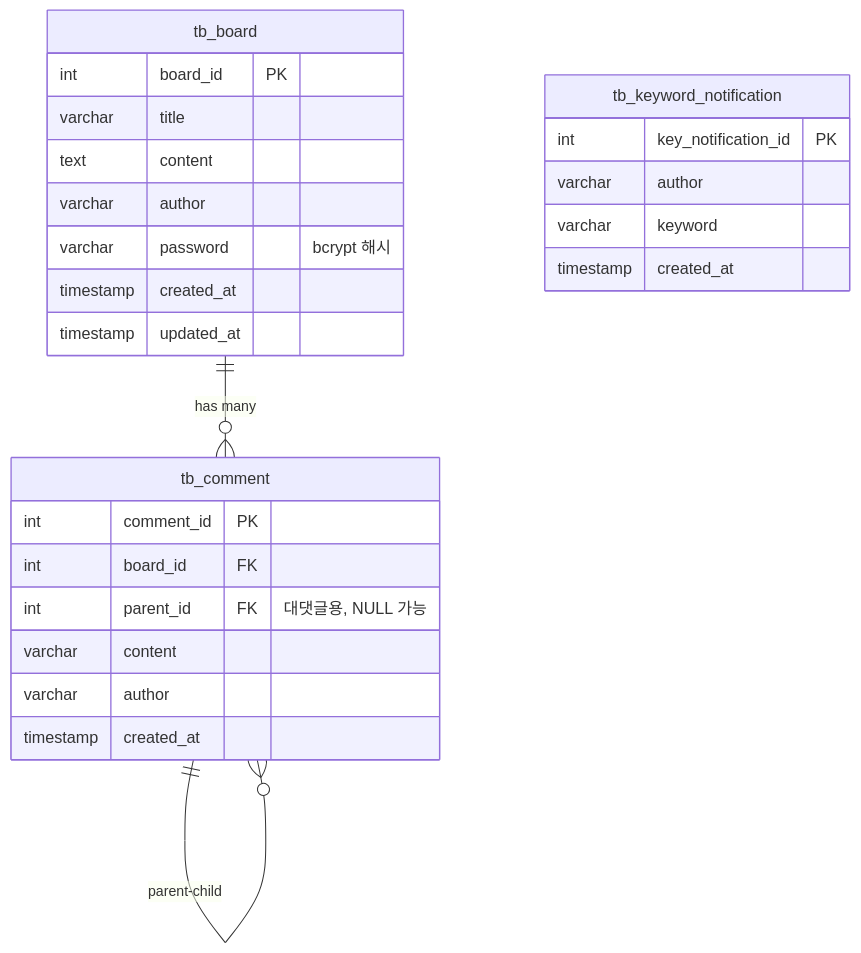
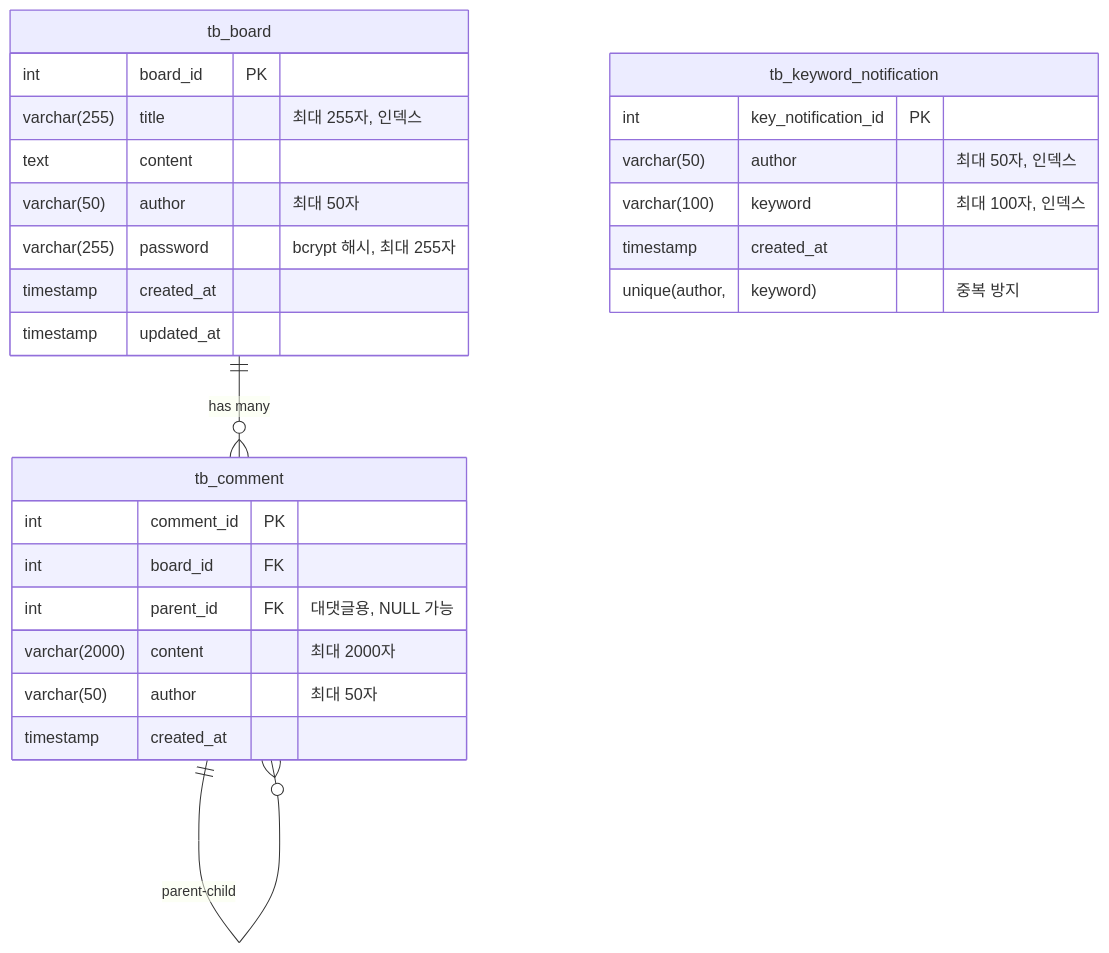
One commit to kimhyosung1/toy-project changed the diagram in ssot/03_Database_Schema.md. Above: the diagram before and after it, drawn with Mermaid. The commit also changed other lines of this file and 3 other files, not shown here.

````diff
--- a/ssot/03_Database_Schema.md
+++ b/ssot/03_Database_Schema.md
@@ -53,31 +53,32 @@
 ```mermaid
 erDiagram
     tb_board ||--o{ tb_comment : "has many"
     tb_comment ||--o{ tb_comment : "parent-child"
 
     tb_board {
         int board_id PK
-        varchar title
+        varchar(255) title "최대 255자, 인덱스"
         text content
-        varchar author
-        varchar password "bcrypt 해시"
+        varchar(50) author "최대 50자"
+        varchar(255) password "bcrypt 해시, 최대 255자"
         timestamp created_at
         timestamp updated_at
     }
 
     tb_comment {
         int comment_id PK
         int board_id FK
         int parent_id FK "대댓글용, NULL 가능"
-        varchar content
-        varchar author
+        varchar(2000) content "최대 2000자"
+        varchar(50) author "최대 50자"
         timestamp created_at
     }
 
     tb_keyword_notification {
         int key_notification_id PK
-        varchar author
-        varchar keyword
+        varchar(50) author "최대 50자, 인덱스"
+        varchar(100) keyword "최대 100자, 인덱스"
         timestamp created_at
+        unique(author, keyword) "중복 방지"
     }
 ```
````
